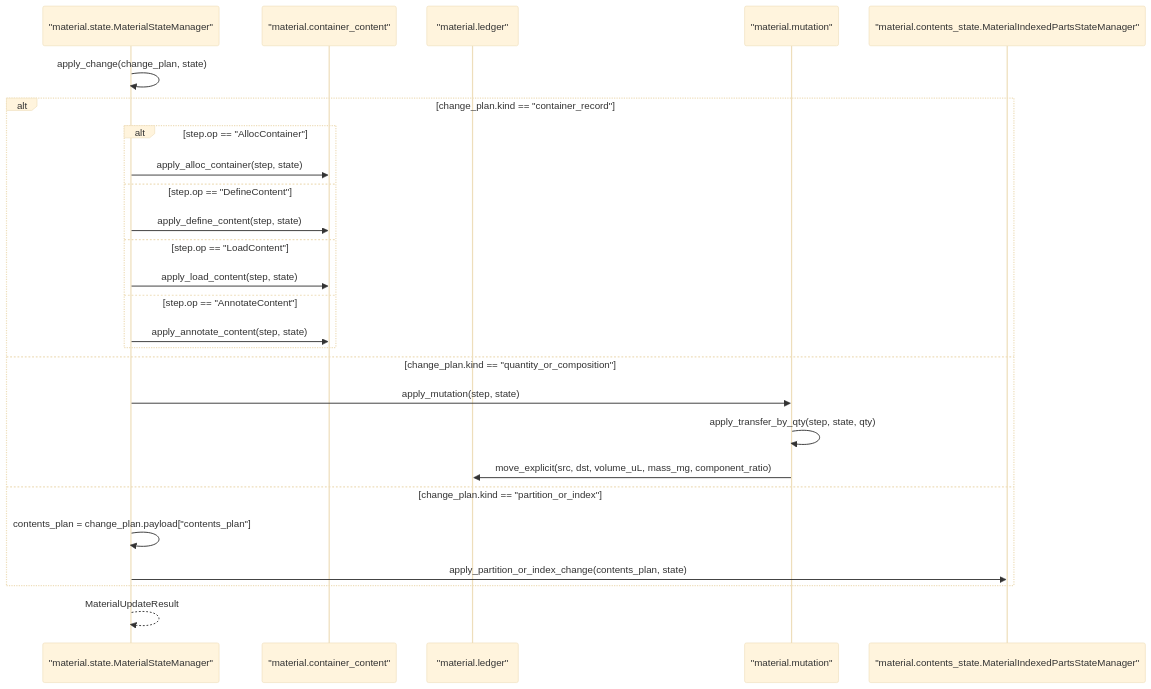
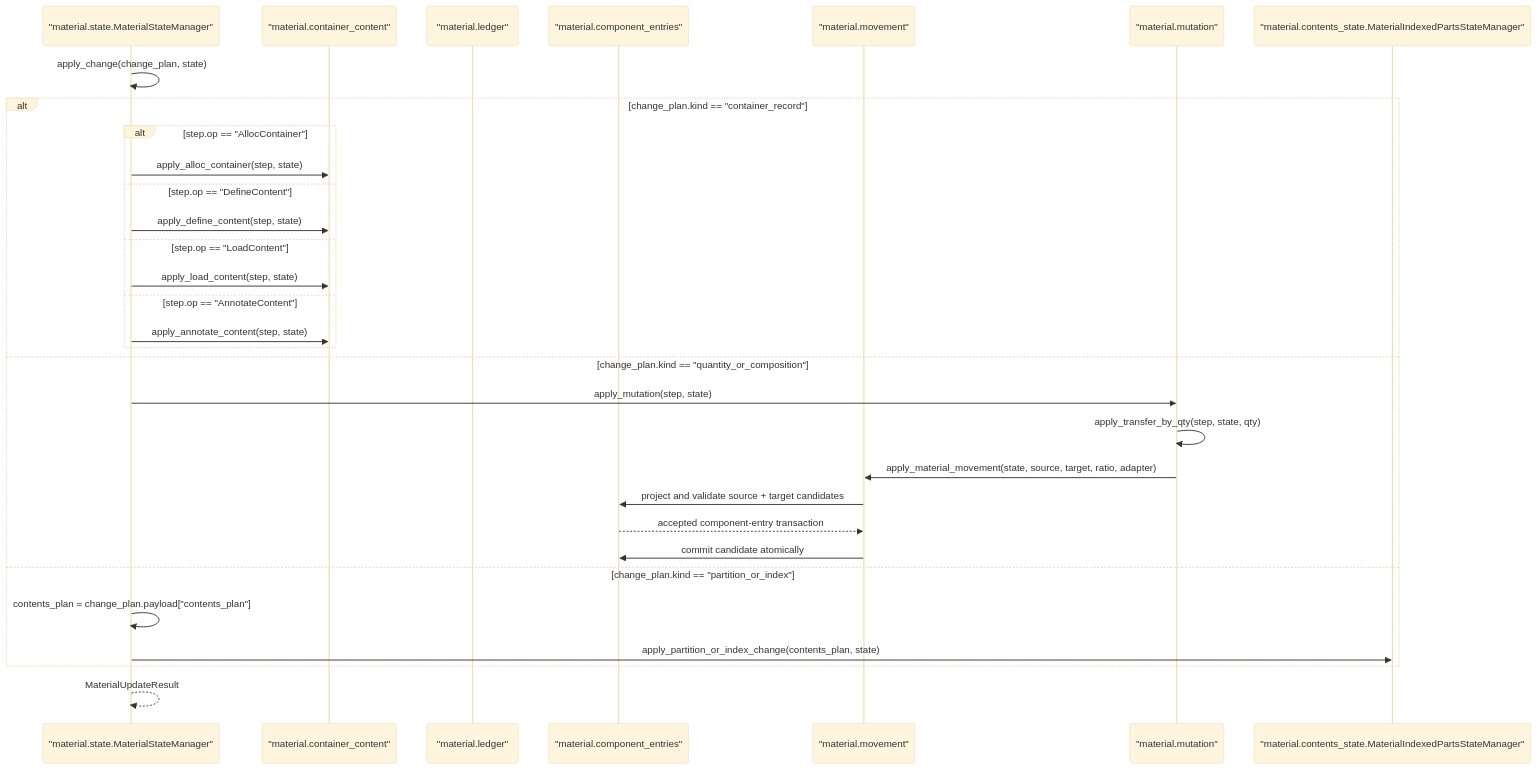
The tenth of 13 diagrams in docs/architecture/material_compute_module_diagrams.md (culsma/culsma), drawn with Mermaid (base theme) before and after one commit. The commit also changed other lines of this file and 27 other files, not shown here.

````diff
--- a/docs/architecture/material_compute_module_diagrams.md
+++ b/docs/architecture/material_compute_module_diagrams.md
@@ -556,31 +557,36 @@
 ```mermaid
 sequenceDiagram
     participant StateManager as "material.state.MaterialStateManager"
     participant ContainerContent as "material.container_content"
     participant Ledger as "material.ledger"
+    participant EntryTransaction as "material.component_entries"
+    participant Movement as "material.movement"
     participant Mutation as "material.mutation"
     participant PartsManager as "material.contents_state.MaterialIndexedPartsStateManager"
 
     StateManager->>StateManager: apply_change(change_plan, state)
 
     alt change_plan.kind == "container_record"
         alt step.op == "AllocContainer"
             StateManager->>ContainerContent: apply_alloc_container(step, state)
         else step.op == "DefineContent"
             StateManager->>ContainerContent: apply_define_content(step, state)
         else step.op == "LoadContent"
             StateManager->>ContainerContent: apply_load_content(step, state)
         else step.op == "AnnotateContent"
             StateManager->>ContainerContent: apply_annotate_content(step, state)
         end
     else change_plan.kind == "quantity_or_composition"
         StateManager->>Mutation: apply_mutation(step, state)
         Mutation->>Mutation: apply_transfer_by_qty(step, state, qty)
-        Mutation->>Ledger: move_explicit(src, dst, volume_uL, mass_mg, component_ratio)
+        Mutation->>Movement: apply_material_movement(state, source, target, ratio, adapter)
+        Movement->>EntryTransaction: project and validate source + target candidates
+        EntryTransaction-->>Movement: accepted component-entry transaction
+        Movement->>EntryTransaction: commit candidate atomically
     else change_plan.kind == "partition_or_index"
         StateManager->>StateManager: contents_plan = change_plan.payload["contents_plan"]
         StateManager->>PartsManager: apply_partition_or_index_change(contents_plan, state)
     end
 
     StateManager-->>StateManager: MaterialUpdateResult
 ```
````
